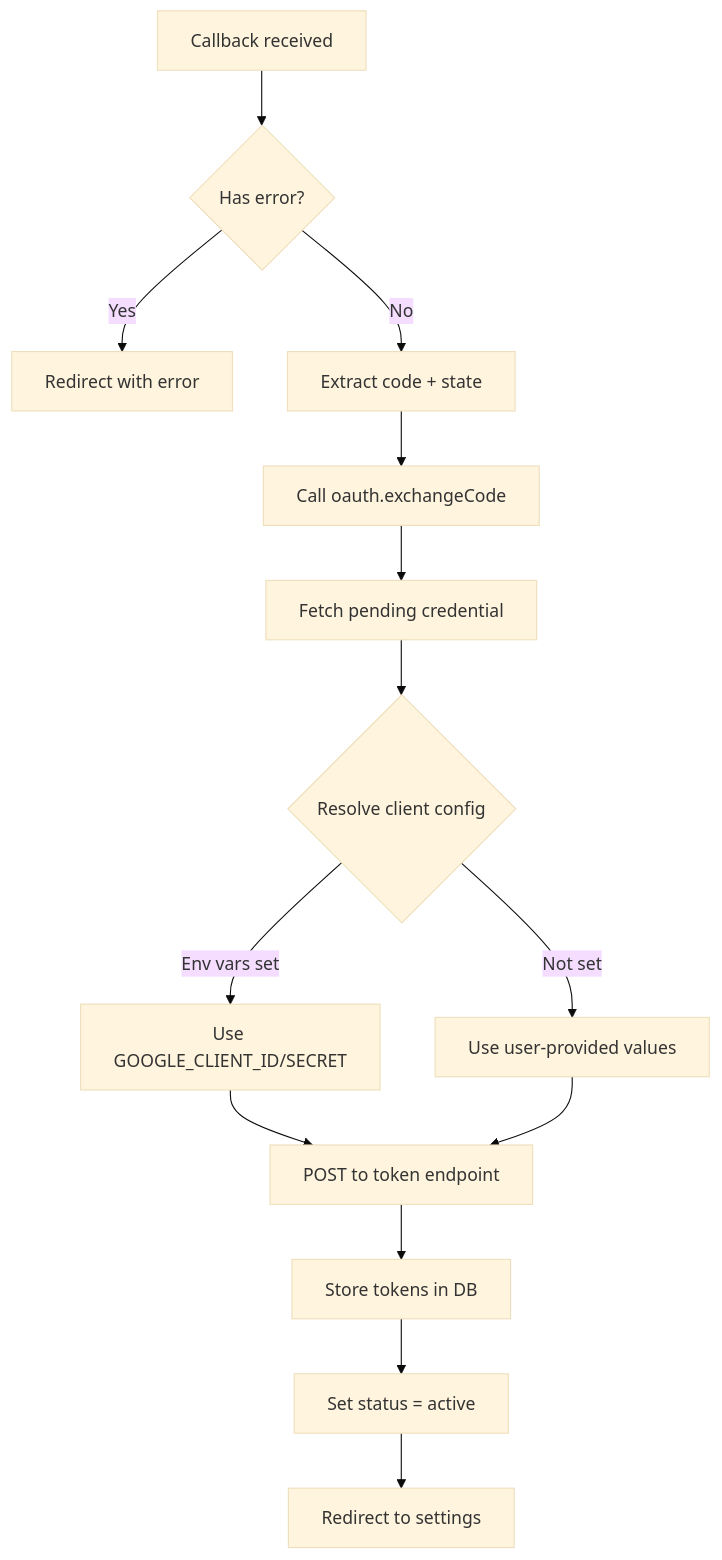
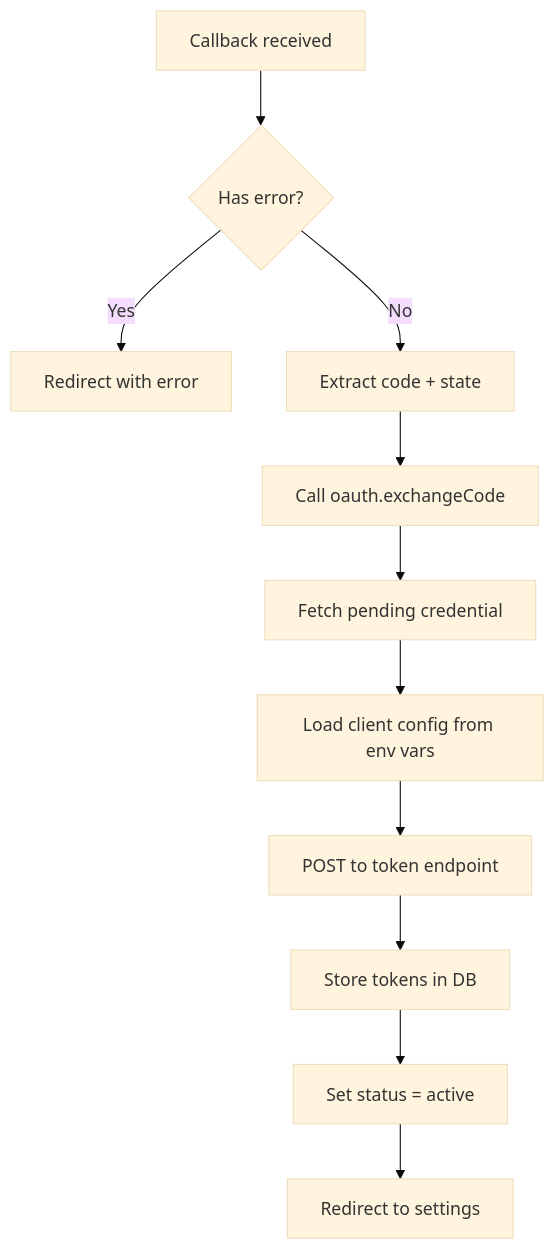
One commit to zxh3/kianax changed the third of 4 diagrams in docs/oauth2-flow.md. Above: the diagram before and after it, drawn with Mermaid (base theme). The commit also changed other lines of this file and 5 other files, not shown here.

First line of the commit message:
refactor: Remove user-provided OAuth client credentials

````diff
--- a/docs/oauth2-flow.md
+++ b/docs/oauth2-flow.md
@@ -88,16 +86,13 @@
 ```mermaid
 flowchart TD
     A[Callback received] --> B{Has error?}
     B -->|Yes| C[Redirect with error]
     B -->|No| D[Extract code + state]
     D --> E[Call oauth.exchangeCode]
     E --> F[Fetch pending credential]
-    F --> G{Resolve client config}
-    G -->|Env vars set| H[Use GOOGLE_CLIENT_ID/SECRET]
-    G -->|Not set| I[Use user-provided values]
-    H --> J[POST to token endpoint]
-    I --> J
-    J --> K[Store tokens in DB]
-    K --> L[Set status = active]
-    L --> M[Redirect to settings]
+    F --> G[Load client config from env vars]
+    G --> H[POST to token endpoint]
+    H --> I[Store tokens in DB]
+    I --> J[Set status = active]
+    J --> K[Redirect to settings]
 ```
````
